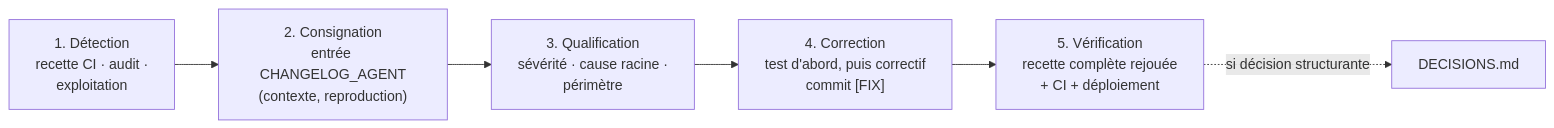
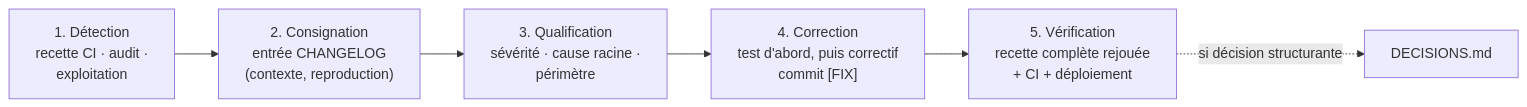
Before and after one commit to entrezunfredici/MyMemoMaster: the fifth of 5 diagrams in B2_RENDU.md, drawn with Mermaid. The commit also changed other lines of this file, not shown here.

````diff
--- a/B2_RENDU.md
+++ b/B2_RENDU.md
@@ -765,8 +765,8 @@
 ```mermaid
 flowchart LR
-    D["1. Détection<br/>recette CI · audit ·<br/>exploitation"] --> C["2. Consignation<br/>entrée CHANGELOG_AGENT<br/>(contexte, reproduction)"]
+    D["1. Détection<br/>recette CI · audit ·<br/>exploitation"] --> C["2. Consignation<br/>entrée CHANGELOG<br/>(contexte, reproduction)"]
     C --> Q["3. Qualification<br/>sévérité · cause racine ·<br/>périmètre"]
     Q --> F["4. Correction<br/>test d'abord, puis correctif<br/>commit [FIX]"]
     F --> V["5. Vérification<br/>recette complète rejouée<br/>+ CI + déploiement"]
     V -.->|"si décision structurante"| DEC["DECISIONS.md"]
 ```
````
